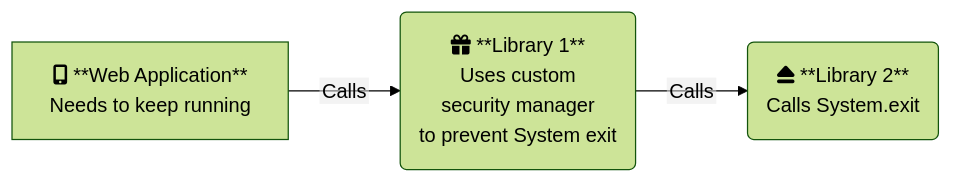
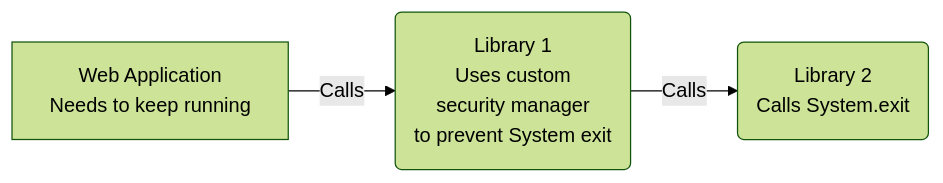
Before and after one commit to sualeh/system-exit-21: the diagram in .github/README.md, drawn with Mermaid (forest theme).

Commit message:
Allow rendering of graph

````diff
--- a/.github/README.md
+++ b/.github/README.md
@@ -9,14 +9,13 @@
 ```mermaid
-%%{init: {"flowchart": {"htmlLabels": false}} }%%
 flowchart LR
-    A[fa:fa-mobile-screen-button **Web Application**
+    A[Web Application
       Needs to keep running]
-    B(fa:fa-gift **Library 1**
+    B(Library 1
       Uses custom
       security manager
       to prevent System exit)
-    C(fa:fa-eject **Library 2**
+    C(Library 2
       Calls System.exit)
     A -->|Calls| B
     B -->|Calls| C
 ```
````
